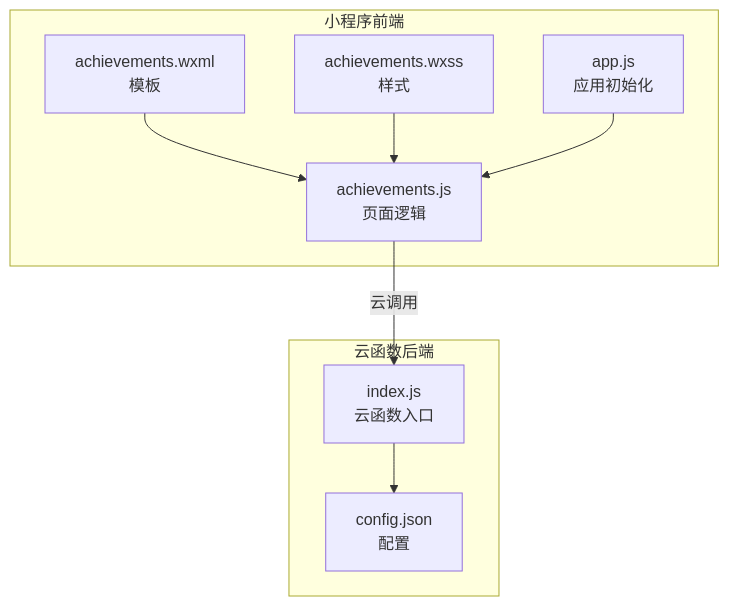
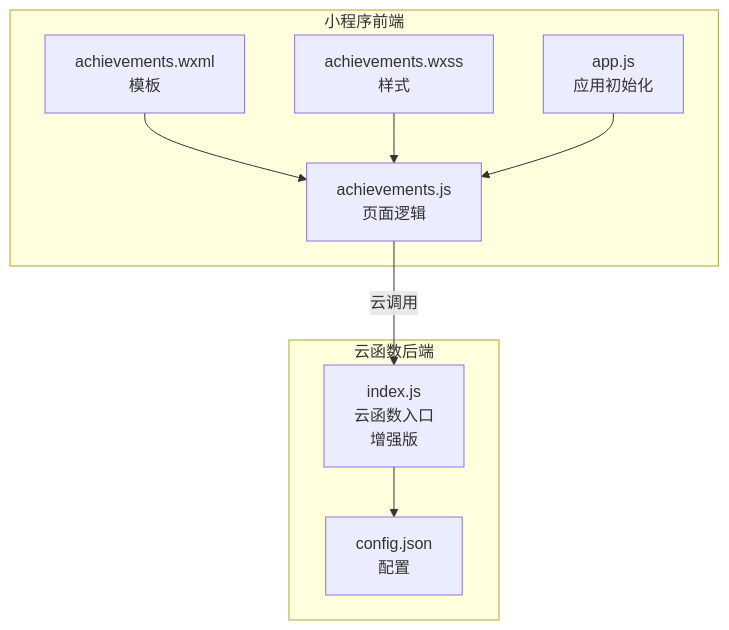
Before and after one commit to cwb7756/bio: the first of 5 diagrams in .qoder/repowiki/zh/content/核心功能模块/成就系统.md, drawn with Mermaid. The commit also changed other lines of this file and 46 other files, not shown here.

````diff
--- a/.qoder/repowiki/zh/content/核心功能模块/成就系统.md
+++ b/.qoder/repowiki/zh/content/核心功能模块/成就系统.md
@@ -38,18 +47,18 @@
 ```mermaid
 graph TB
 subgraph "小程序前端"
 A["achievements.js<br/>页面逻辑"]
 B["achievements.wxml<br/>模板"]
 C["achievements.wxss<br/>样式"]
 D["app.js<br/>应用初始化"]
 end
 subgraph "云函数后端"
-E["index.js<br/>云函数入口"]
+E["index.js<br/>云函数入口<br/>增强版"]
 F["config.json<br/>配置"]
 end
 A --> |云调用| E
 B --> A
 C --> A
 D --> A
 E --> F
 ```
````
